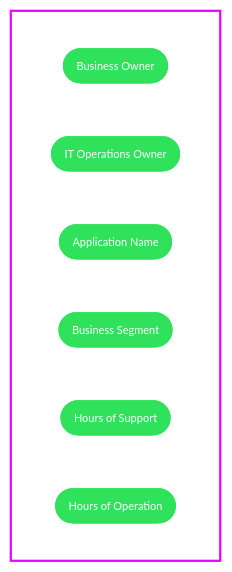
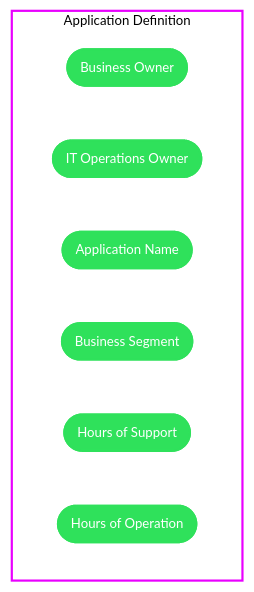
One commit to dermotreynolds/data.io.docs changed the first of 4 diagrams in design/cloud-deployment-design.md. Above: the diagram before and after it, drawn with Mermaid.

Commit message:
added resources

````diff
--- a/design/cloud-deployment-design.md
+++ b/design/cloud-deployment-design.md
@@ -37,15 +37,15 @@
 ```mermaid
 flowchart TD
 
    subgraph Group0[Application Definition]
         1([Business Owner]):::LocationClass
         2([IT Operations Owner]):::LocationClass
         3([Application Name]):::LocationClass
         4([Business Segment]):::LocationClass
         5([Hours of Support]):::LocationClass
         6([Hours of Operation]):::LocationClass
    end
    class Group0 GroupClass
-   classDef LocationClass fill:#2FE15B, stroke:#2FE15B, stroke-width:2px, font-size:10px, color:white, padding-left:0em;
-   classDef GroupClass fill:white,stroke:#E900FF,stroke-width:2px, stroke-dasharray: 0,font-size: 10px, color:white, padding-left:0em;
+   classDef LocationClass fill:#2FE15B, stroke:#2FE15B, stroke-width:2px, font-size:12px, color:white, 
+   classDef GroupClass fill:white,stroke:#E900FF,stroke-width:2px, stroke-dasharray: 0,font-size: 12px, color:black, padding-left:0em;
 ```
````
